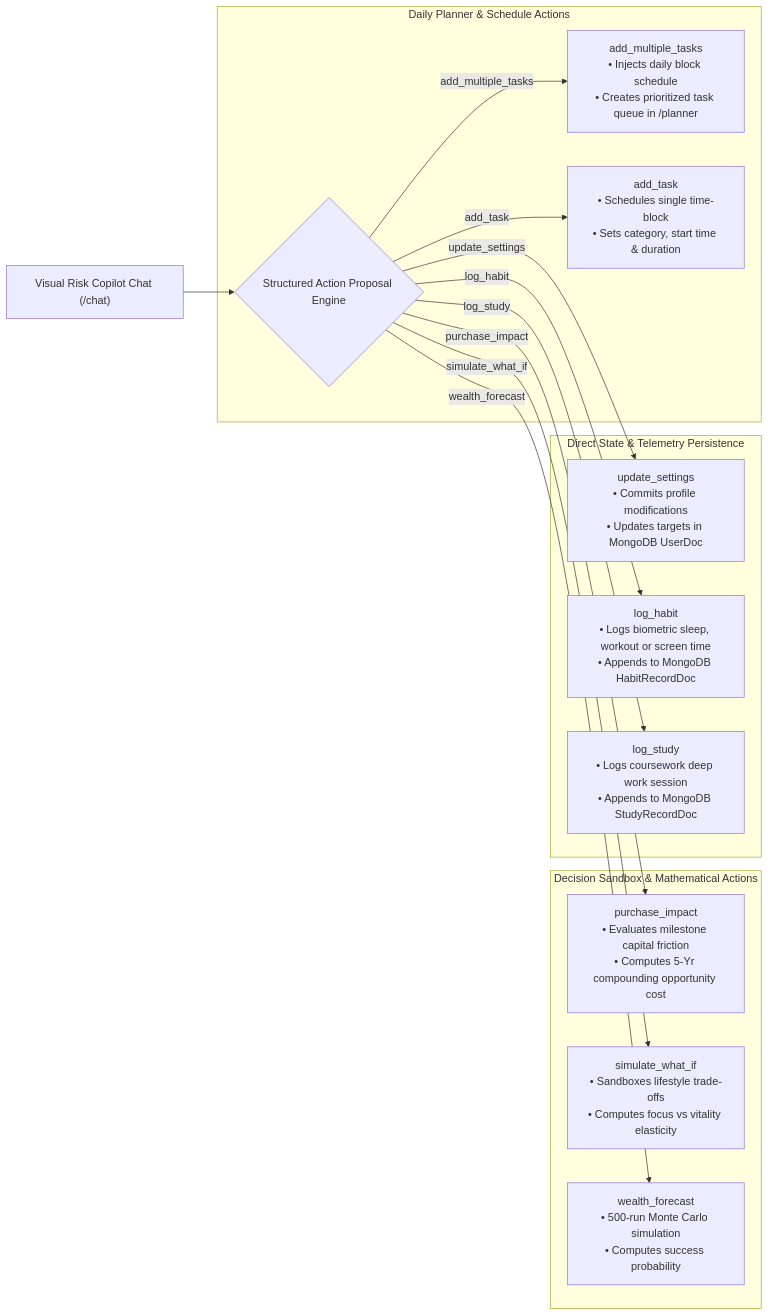
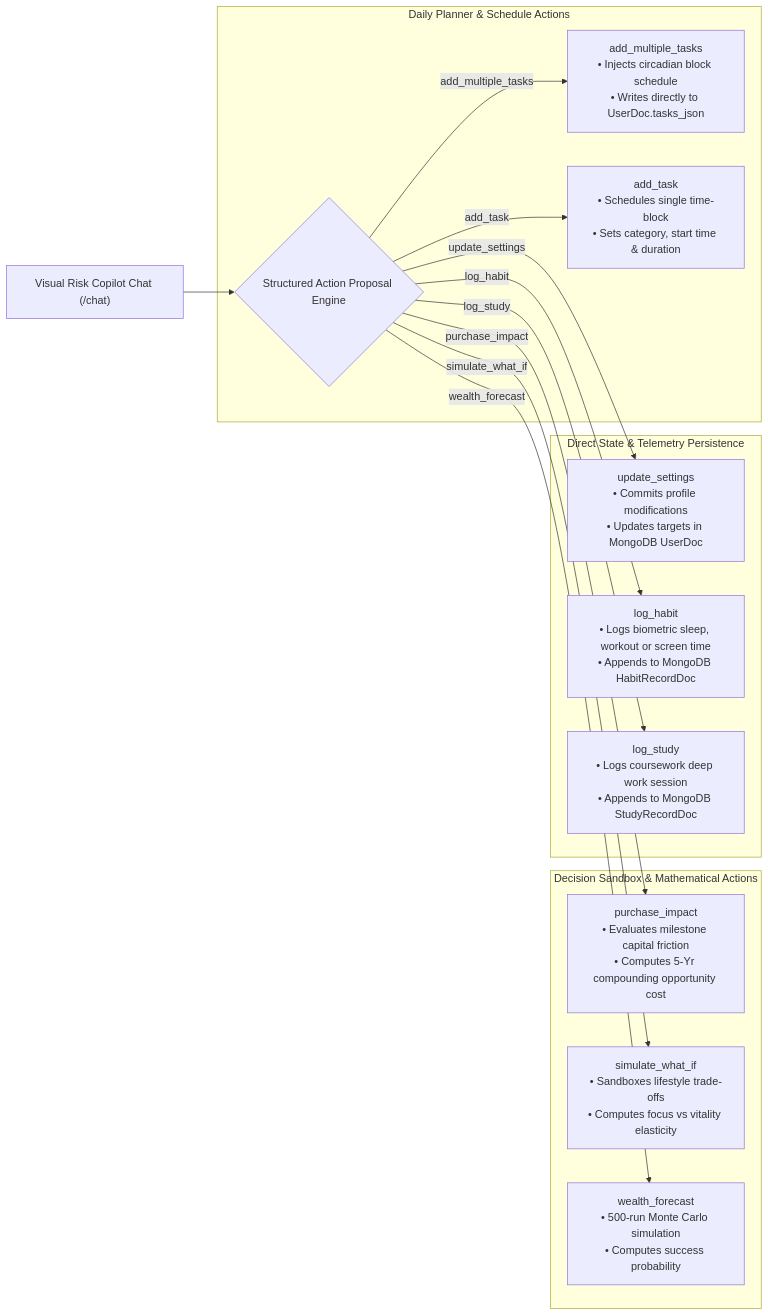
One commit to notysozu/AI-Based-Visual-Risk-and-Compliance-Intelligence-System changed the second of 5 diagrams in docs/core_capabilities.md. Above: the diagram before and after it, drawn with Mermaid. The commit also changed other lines of this file and 6 other files, not shown here.

Commit message:
docs: update system architecture, core capabilities, API reference, and workflows with autonomous planner, table parser, and mermaid diagrams

````diff
--- a/docs/core_capabilities.md
+++ b/docs/core_capabilities.md
@@ -40,21 +37,21 @@
 ```mermaid
 flowchart LR
   Copilot["Visual Risk Copilot Chat (/chat)"] --> Actions{"Structured Action Proposal Engine"}
 
   subgraph PlannerActions["Daily Planner & Schedule Actions"]
-    Actions -->|add_multiple_tasks| A1["add_multiple_tasks<br/>• Injects daily block schedule<br/>• Creates prioritized task queue in /planner"]
+    Actions -->|add_multiple_tasks| A1["add_multiple_tasks<br/>• Injects circadian block schedule<br/>• Writes directly to UserDoc.tasks_json"]
     Actions -->|add_task| A2["add_task<br/>• Schedules single time-block<br/>• Sets category, start time & duration"]
   end
 
   subgraph SimulationActions["Decision Sandbox & Mathematical Actions"]
     Actions -->|purchase_impact| A3["purchase_impact<br/>• Evaluates milestone capital friction<br/>• Computes 5-Yr compounding opportunity cost"]
     Actions -->|simulate_what_if| A4["simulate_what_if<br/>• Sandboxes lifestyle trade-offs<br/>• Computes focus vs vitality elasticity"]
     Actions -->|wealth_forecast| A5["wealth_forecast<br/>• 500-run Monte Carlo simulation<br/>• Computes success probability"]
   end
 
   subgraph DatabaseActions["Direct State & Telemetry Persistence"]
     Actions -->|update_settings| A6["update_settings<br/>• Commits profile modifications<br/>• Updates targets in MongoDB UserDoc"]
     Actions -->|log_habit| A7["log_habit<br/>• Logs biometric sleep, workout or screen time<br/>• Appends to MongoDB HabitRecordDoc"]
     Actions -->|log_study| A8["log_study<br/>• Logs coursework deep work session<br/>• Appends to MongoDB StudyRecordDoc"]
   end
 ```
````
